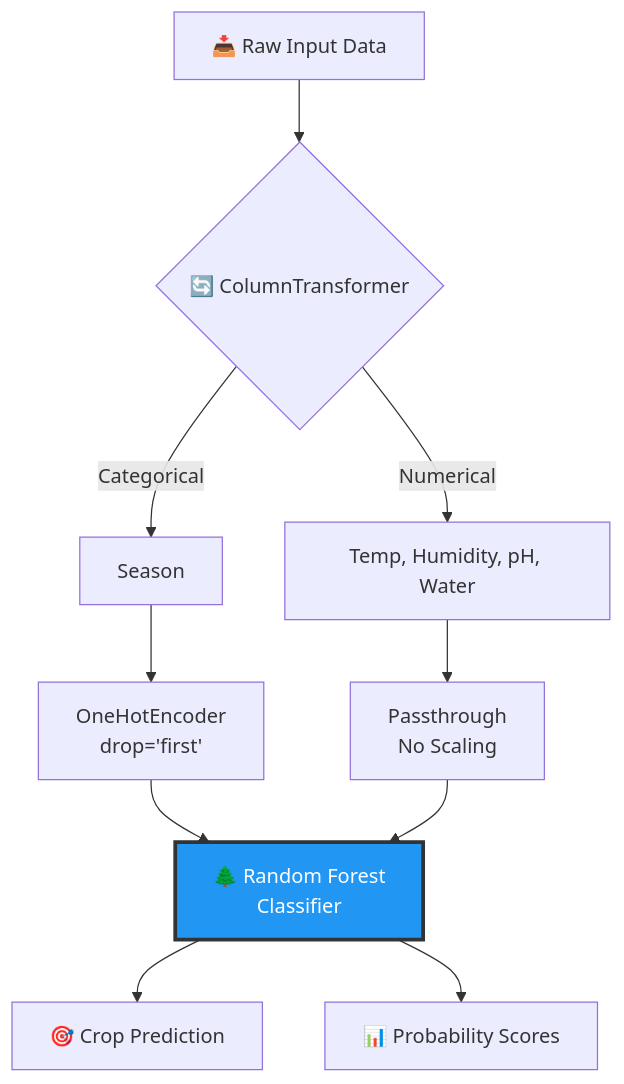
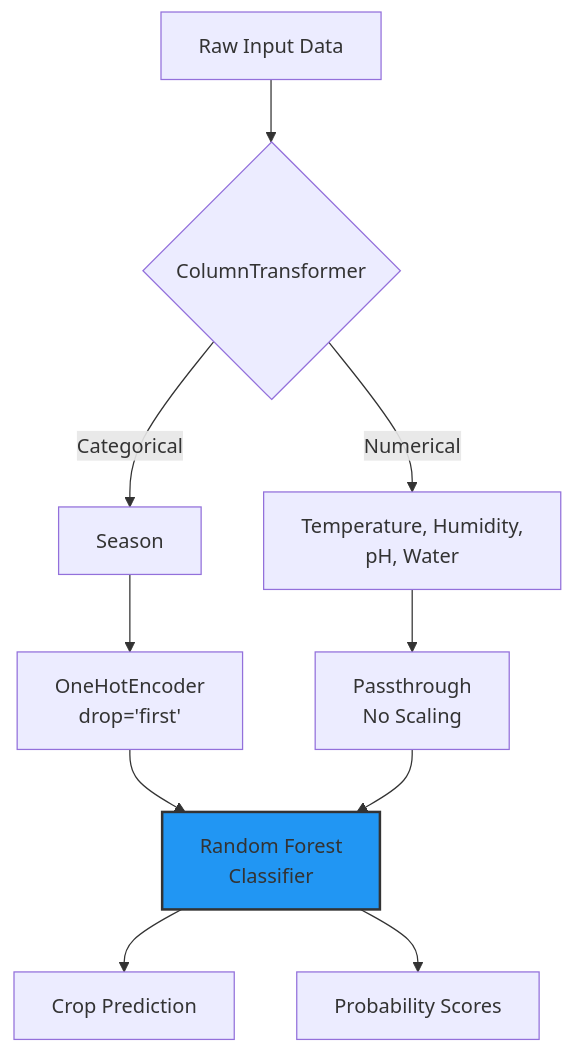
One commit to shivamnsingh/SmartCrop changed the second of 2 diagrams in README.md. Above: the diagram before and after it, drawn with Mermaid. The commit also changed other lines of this file, not shown here.

````diff
--- a/README.md
+++ b/README.md
@@ -144,13 +128,13 @@
 ```mermaid
 flowchart TD
-    A[📥 Raw Input Data] --> B{🔄 ColumnTransformer}
+    A[Raw Input Data] --> B{ColumnTransformer}
     B -->|Categorical| C[Season]
-    B -->|Numerical| D[Temp, Humidity, pH, Water]
+    B -->|Numerical| D[Temperature, Humidity,<br/>pH, Water]
     C --> E[OneHotEncoder<br/>drop='first']
     D --> F[Passthrough<br/>No Scaling]
-    E --> G[🌲 Random Forest<br/>Classifier]
+    E --> G[Random Forest<br/>Classifier]
     F --> G
-    G --> H[🎯 Crop Prediction]
-    G --> I[📊 Probability Scores]
-    style G fill:#2196F3,stroke:#333,stroke-width:3px,color:#fff
+    G --> H[Crop Prediction]
+    G --> I[Probability Scores]
+    style G fill:#2196F3,stroke:#333,stroke-width:2px
 ```
````
